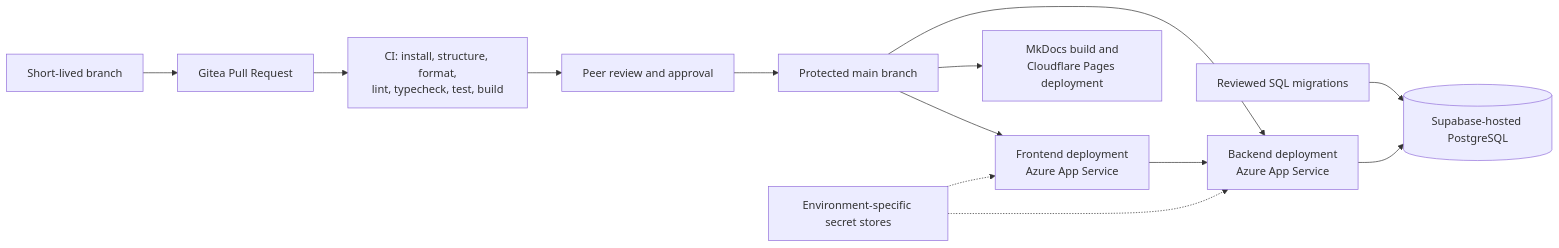
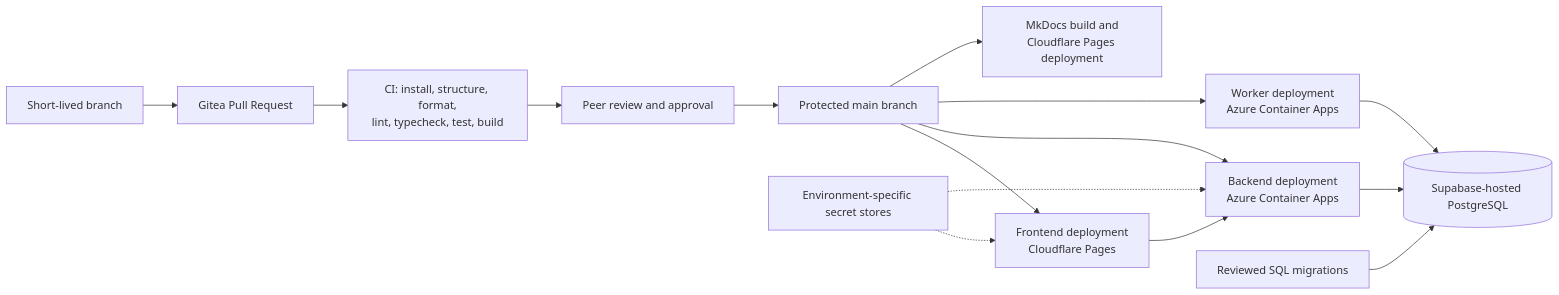
The fourth of 4 diagrams in docs/architecture/system-architecture.md (NadavSundy/Sport-Analytics-Tool), drawn with Mermaid before and after one commit. The commit also changed other lines of this file and 4 other files, not shown here.

First line of the commit message:
docs(architecture): reconcile final system documentation

````diff
--- a/docs/architecture/system-architecture.md
+++ b/docs/architecture/system-architecture.md
@@ -395,15 +395,17 @@
 ```mermaid
 flowchart LR
     Dev[Short-lived branch] --> PR[Gitea Pull Request]
     PR --> CI[CI: install, structure, format,<br/>lint, typecheck, test, build]
     CI --> Review[Peer review and approval]
     Review --> Main[Protected main branch]
-    Main --> FE[Frontend deployment<br/>Azure App Service]
-    Main --> BE[Backend deployment<br/>Azure App Service]
+    Main --> FE[Frontend deployment<br/>Cloudflare Pages]
+    Main --> BE[Backend deployment<br/>Azure Container Apps]
+    Main --> Worker[Worker deployment<br/>Azure Container Apps]
     Main --> Docs[MkDocs build and<br/>Cloudflare Pages deployment]
     Migration[Reviewed SQL migrations] --> DB[(Supabase-hosted PostgreSQL)]
     BE --> DB
+    Worker --> DB
     FE --> BE
     Secrets[Environment-specific secret stores] -.-> FE
     Secrets -.-> BE
 ```
````
